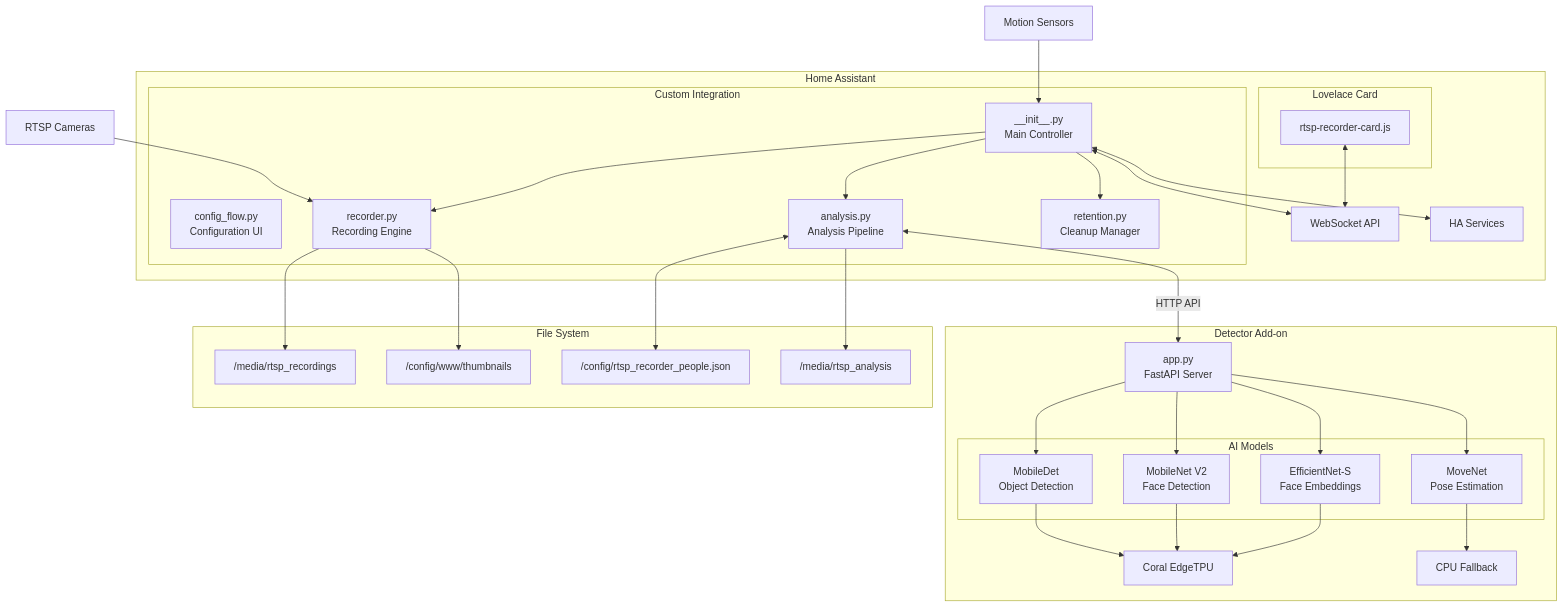
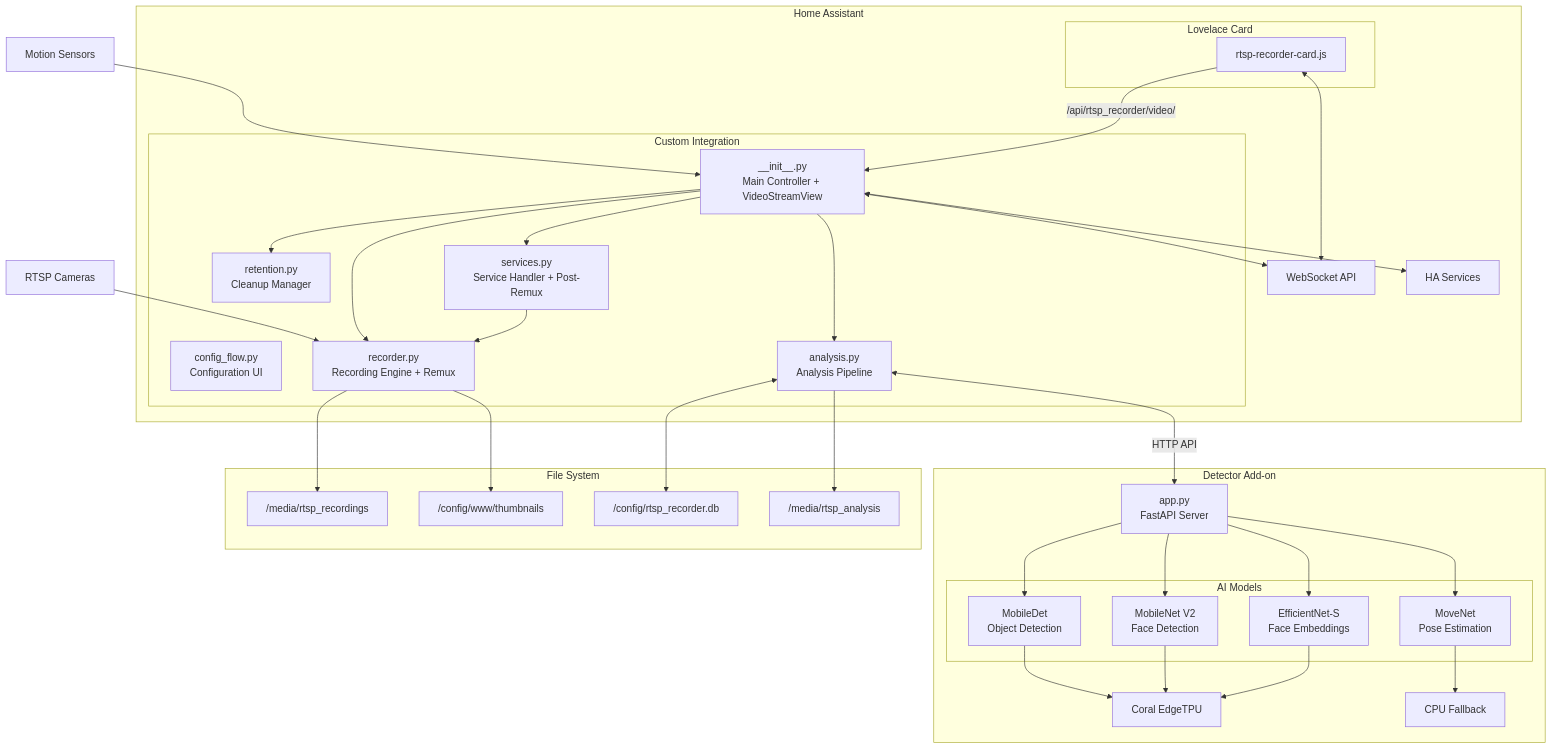
The first of 7 diagrams in custom_components/rtsp_recorder/README.md (brainAThome/Opening_RTSP-Recorder), drawn with Mermaid before and after one commit. The commit also changed other lines of this file and 6 other files, not shown here.

````diff
--- a/custom_components/rtsp_recorder/README.md
+++ b/custom_components/rtsp_recorder/README.md
@@ -220,65 +206,70 @@
 ```mermaid
 flowchart TB
     subgraph HA["Home Assistant"]
         subgraph Integration["Custom Integration"]
-            INIT["__init__.py<br/>Main Controller"]
+            INIT["__init__.py<br/>Main Controller + VideoStreamView"]
             CONFIG["config_flow.py<br/>Configuration UI"]
-            RECORDER["recorder.py<br/>Recording Engine"]
+            RECORDER["recorder.py<br/>Recording Engine + Remux"]
             ANALYSIS["analysis.py<br/>Analysis Pipeline"]
             RETENTION["retention.py<br/>Cleanup Manager"]
+            SVCPY["services.py<br/>Service Handler + Post-Remux"]
         end
         
         subgraph Dashboard["Lovelace Card"]
             CARD["rtsp-recorder-card.js"]
         end
         
         WS["WebSocket API"]
         SERVICES["HA Services"]
     end
     
     subgraph Addon["Detector Add-on"]
         APP["app.py<br/>FastAPI Server"]
         subgraph Models["AI Models"]
             DETECT["MobileDet<br/>Object Detection"]
             FACE["MobileNet V2<br/>Face Detection"]
             EMBED["EfficientNet-S<br/>Face Embeddings"]
             POSE["MoveNet<br/>Pose Estimation"]
         end
         CORAL["Coral EdgeTPU"]
         CPU["CPU Fallback"]
     end
     
     subgraph Storage["File System"]
         RECORDINGS["/media/rtsp_recordings"]
         THUMBS["/config/www/thumbnails"]
-        PEOPLE["/config/rtsp_recorder_people.json"]
+        DB["/config/rtsp_recorder.db"]
         ANALYSISDIR["/media/rtsp_analysis"]
     end
     
     CAM["RTSP Cameras"] --> RECORDER
     MOTION["Motion Sensors"] --> INIT
     
+    INIT --> SVCPY
     INIT --> RECORDER
     INIT --> ANALYSIS
     INIT --> RETENTION
     INIT <--> WS
     INIT <--> SERVICES
     
+    SVCPY --> RECORDER
+    
     CARD <--> WS
+    CARD -->|"/api/rtsp_recorder/video/"| INIT
     
     ANALYSIS <-->|HTTP API| APP
     APP --> DETECT
     APP --> FACE
     APP --> EMBED
     APP --> POSE
     
     DETECT --> CORAL
     FACE --> CORAL
     EMBED --> CORAL
     POSE --> CPU
     
     RECORDER --> RECORDINGS
     RECORDER --> THUMBS
     ANALYSIS --> ANALYSISDIR
-    ANALYSIS <--> PEOPLE
+    ANALYSIS <--> DB
 ```
````
